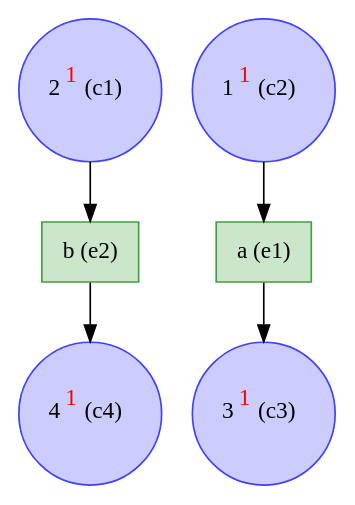
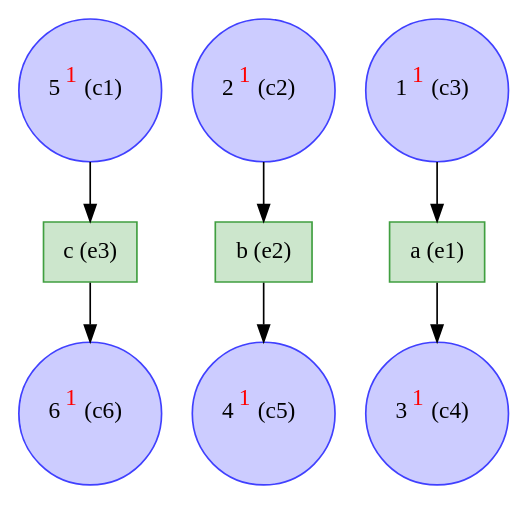
Before and after one commit to giannkas/ecofolder: the diagram in examples/concurrent_process/concur_process_unf.dot, drawn with Graphviz. The commit also changed 104 other files, not shown here.

```diff
--- a/examples/concurrent_process/concur_process_unf.dot
+++ b/examples/concurrent_process/concur_process_unf.dot
@@ -1,12 +1,17 @@
 digraph test {
-  c1 -> e2;
-  c2 -> e1;
-  e1 -> c3;
-  e2 -> c4;
-  c1 [color="#4040ff" fillcolor="#ccccff" label= <2<FONT COLOR="red"><SUP>1</SUP></FONT>&nbsp;(c1)> shape=circle style=filled];
-  c2 [color="#4040ff" fillcolor="#ccccff" label= <1<FONT COLOR="red"><SUP>1</SUP></FONT>&nbsp;(c2)> shape=circle style=filled];
-  c3 [color="#4040ff" fillcolor="#ccccff" label= <3<FONT COLOR="red"><SUP>1</SUP></FONT>&nbsp;(c3)> shape=circle style=filled];
-  c4 [color="#4040ff" fillcolor="#ccccff" label= <4<FONT COLOR="red"><SUP>1</SUP></FONT>&nbsp;(c4)> shape=circle style=filled];
+  c1 -> e3;
+  c2 -> e2;
+  c3 -> e1;
+  e1 -> c4;
+  e2 -> c5;
+  e3 -> c6;
+  c1 [color="#4040ff" fillcolor="#ccccff" label= <5<FONT COLOR="red"><SUP>1</SUP></FONT>&nbsp;(c1)> shape=circle style=filled];
+  c2 [color="#4040ff" fillcolor="#ccccff" label= <2<FONT COLOR="red"><SUP>1</SUP></FONT>&nbsp;(c2)> shape=circle style=filled];
+  c3 [color="#4040ff" fillcolor="#ccccff" label= <1<FONT COLOR="red"><SUP>1</SUP></FONT>&nbsp;(c3)> shape=circle style=filled];
+  c4 [color="#4040ff" fillcolor="#ccccff" label= <3<FONT COLOR="red"><SUP>1</SUP></FONT>&nbsp;(c4)> shape=circle style=filled];
+  c5 [color="#4040ff" fillcolor="#ccccff" label= <4<FONT COLOR="red"><SUP>1</SUP></FONT>&nbsp;(c5)> shape=circle style=filled];
+  c6 [color="#4040ff" fillcolor="#ccccff" label= <6<FONT COLOR="red"><SUP>1</SUP></FONT>&nbsp;(c6)> shape=circle style=filled];
   e1 [color="#409f40" fillcolor="#cce6cc" label="a (e1)" shape=box style=filled];
   e2 [color="#409f40" fillcolor="#cce6cc" label="b (e2)" shape=box style=filled];
+  e3 [color="#409f40" fillcolor="#cce6cc" label="c (e3)" shape=box style=filled];
 }
```
